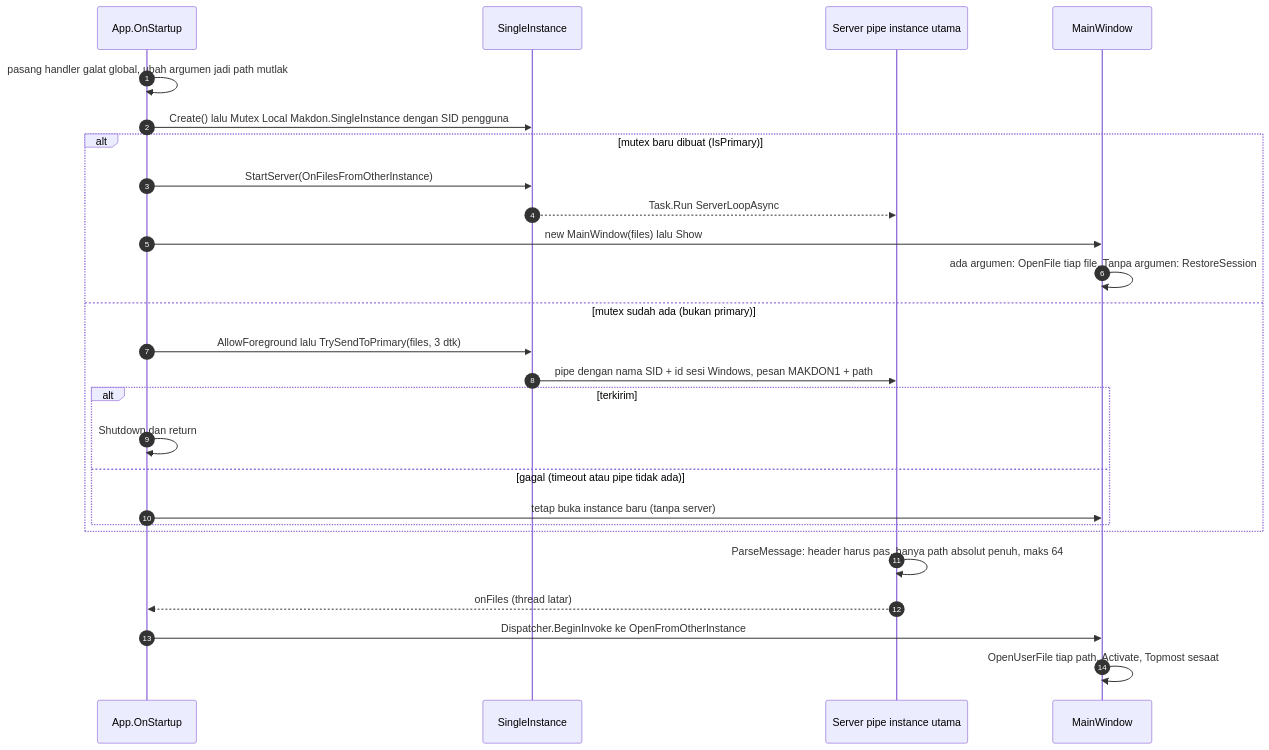
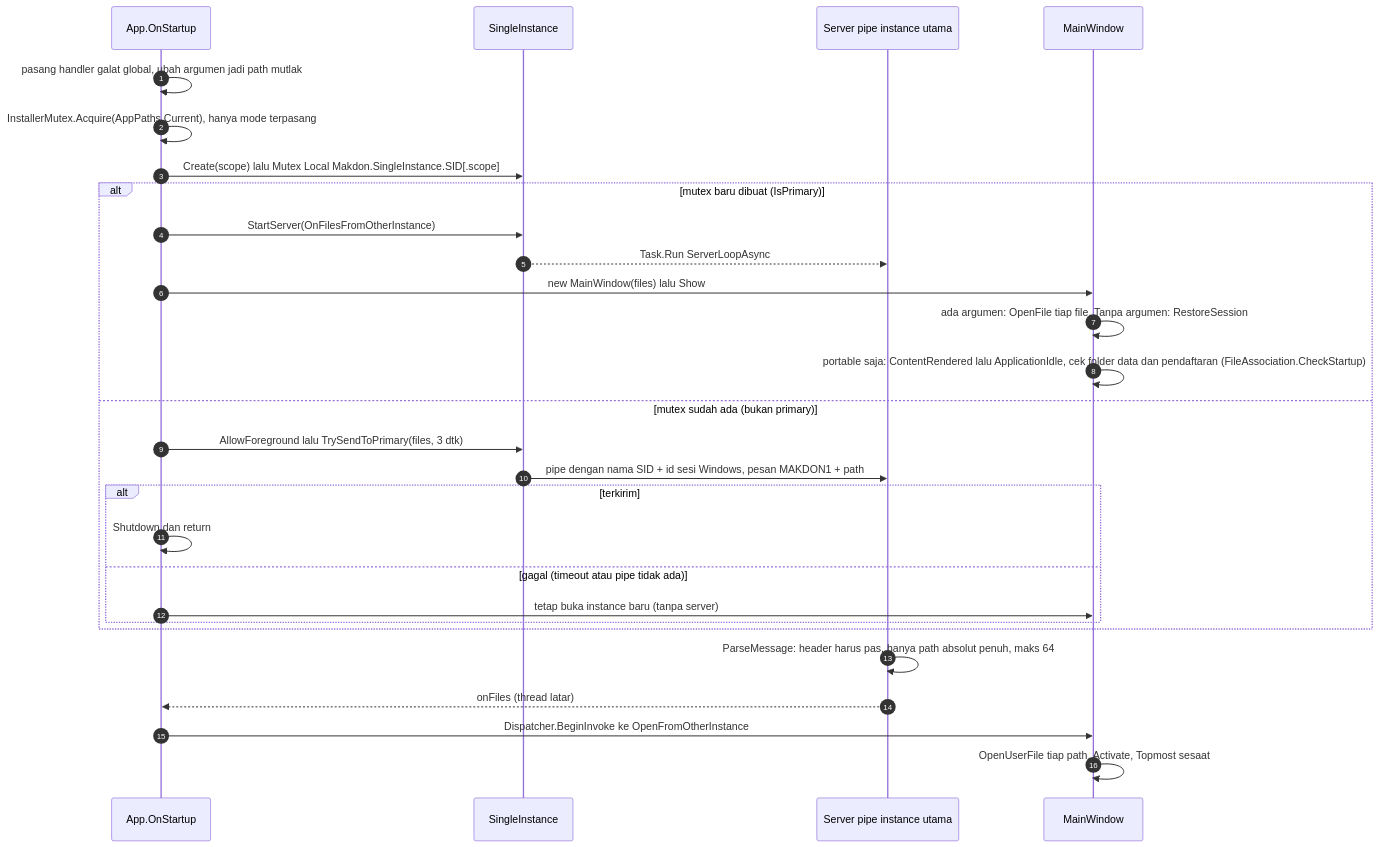
The second of 14 diagrams in docs/ARCHITECTURE.md (hoaaah/Makdon), drawn with Mermaid before and after one commit. The commit also changed other lines of this file and 9 other files, not shown here.

````diff
--- a/docs/ARCHITECTURE.md
+++ b/docs/ARCHITECTURE.md
@@ -179,29 +201,31 @@
 ```mermaid
 sequenceDiagram
     autonumber
     participant A as App.OnStartup
     participant S as SingleInstance
     participant P as Server pipe instance utama
     participant M as MainWindow
 
     A->>A: pasang handler galat global, ubah argumen jadi path mutlak
-    A->>S: Create() lalu Mutex Local Makdon.SingleInstance dengan SID pengguna
+    A->>A: InstallerMutex.Acquire(AppPaths.Current), hanya mode terpasang
+    A->>S: Create(scope) lalu Mutex Local Makdon.SingleInstance.SID[.scope]
     alt mutex baru dibuat (IsPrimary)
         A->>S: StartServer(OnFilesFromOtherInstance)
         S-->>P: Task.Run ServerLoopAsync
         A->>M: new MainWindow(files) lalu Show
         M->>M: ada argumen: OpenFile tiap file. Tanpa argumen: RestoreSession
+        M->>M: portable saja: ContentRendered lalu ApplicationIdle, cek folder data dan pendaftaran (FileAssociation.CheckStartup)
     else mutex sudah ada (bukan primary)
         A->>S: AllowForeground lalu TrySendToPrimary(files, 3 dtk)
         S->>P: pipe dengan nama SID + id sesi Windows, pesan MAKDON1 + path
         alt terkirim
             A->>A: Shutdown dan return
         else gagal (timeout atau pipe tidak ada)
             A->>M: tetap buka instance baru (tanpa server)
         end
     end
     P->>P: ParseMessage: header harus pas, hanya path absolut penuh, maks 64
     P-->>A: onFiles (thread latar)
     A->>M: Dispatcher.BeginInvoke ke OpenFromOtherInstance
     M->>M: OpenUserFile tiap path, Activate, Topmost sesaat
 ```
````
